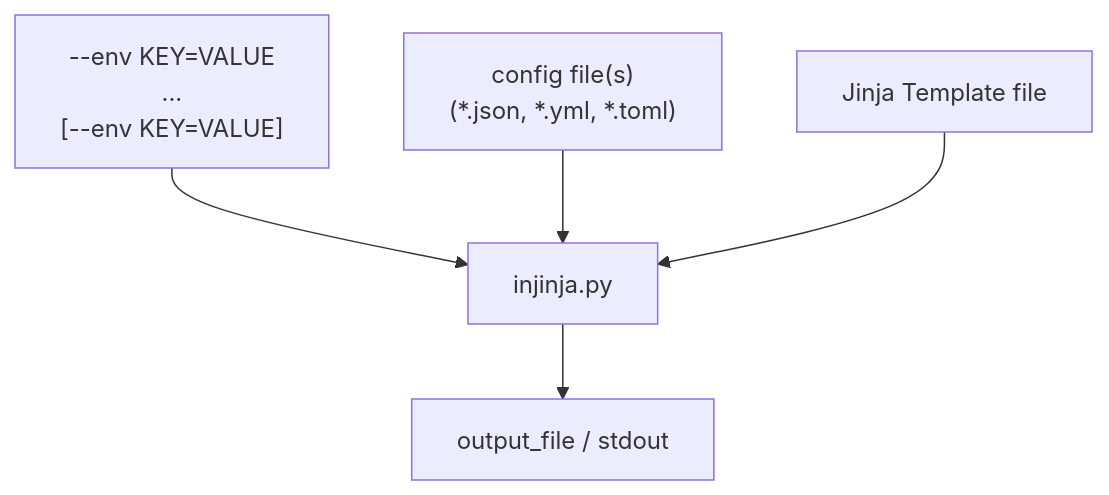
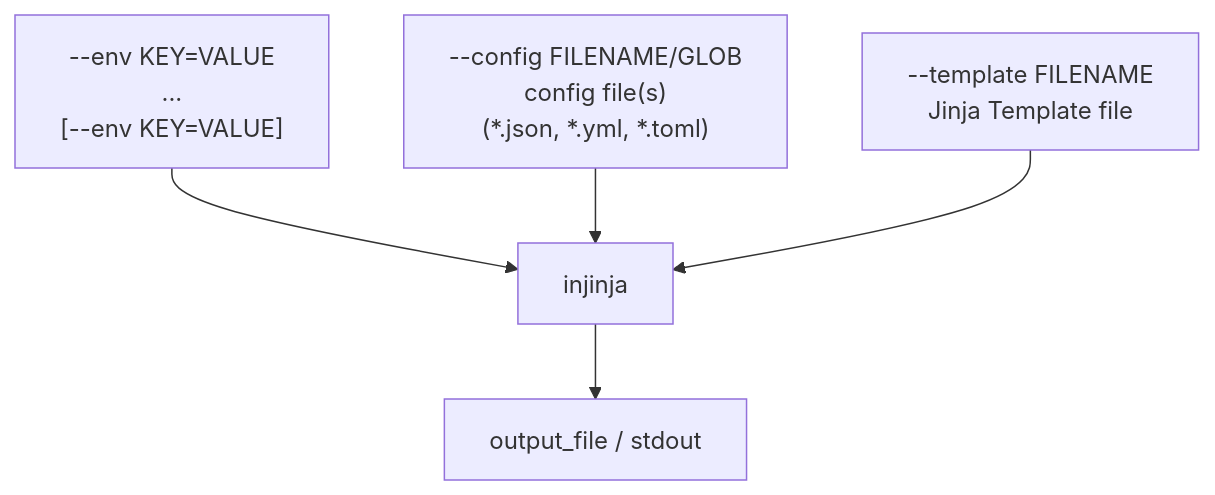
One commit to neozenith/injinja changed the diagram in diagrams/overview.mmd. Above: the diagram before and after it, drawn with Mermaid. The commit also changed 41 other files, not shown here.

First line of the commit message:
feat: add schema validation support (JSON Schema + Pydantic) (#20)

```diff
--- a/diagrams/overview.mmd
+++ b/diagrams/overview.mmd
@@ -1,16 +1,18 @@
 flowchart TD
     output["`output_file / stdout `"]
     environment_variable["
     --env KEY=VALUE
     ...
     [--env KEY=VALUE]"]
 
-    config_file["config file(s) 
+    config_file["--config FILENAME/GLOB
+    config file(s) 
     (*.json, *.yml, *.toml)"]
 
-    template_file["Jinja Template file"]
+    template_file["--template FILENAME
+    Jinja Template file"]
 
-    environment_variable --> injinja.py
-    config_file --> injinja.py
-    template_file --> injinja.py
-    injinja.py --> output
+    environment_variable --> injinja
+    config_file --> injinja
+    template_file --> injinja
+    injinja --> output
```
